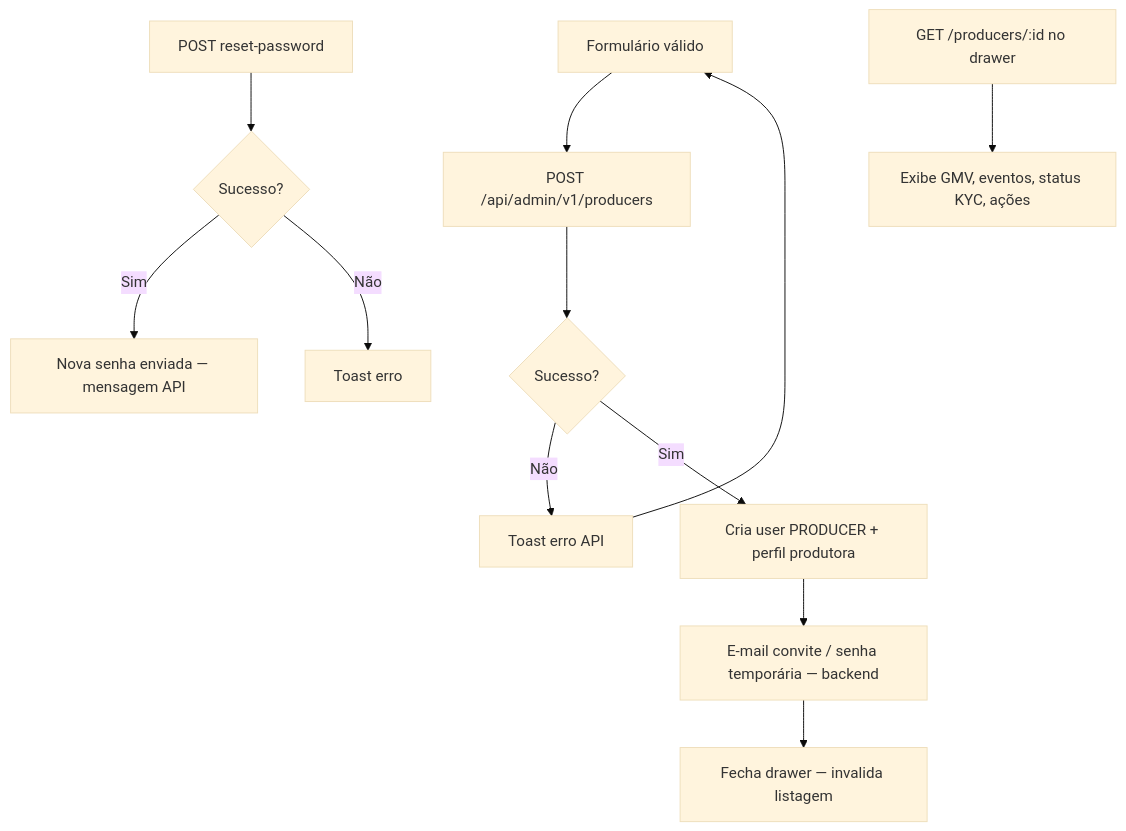
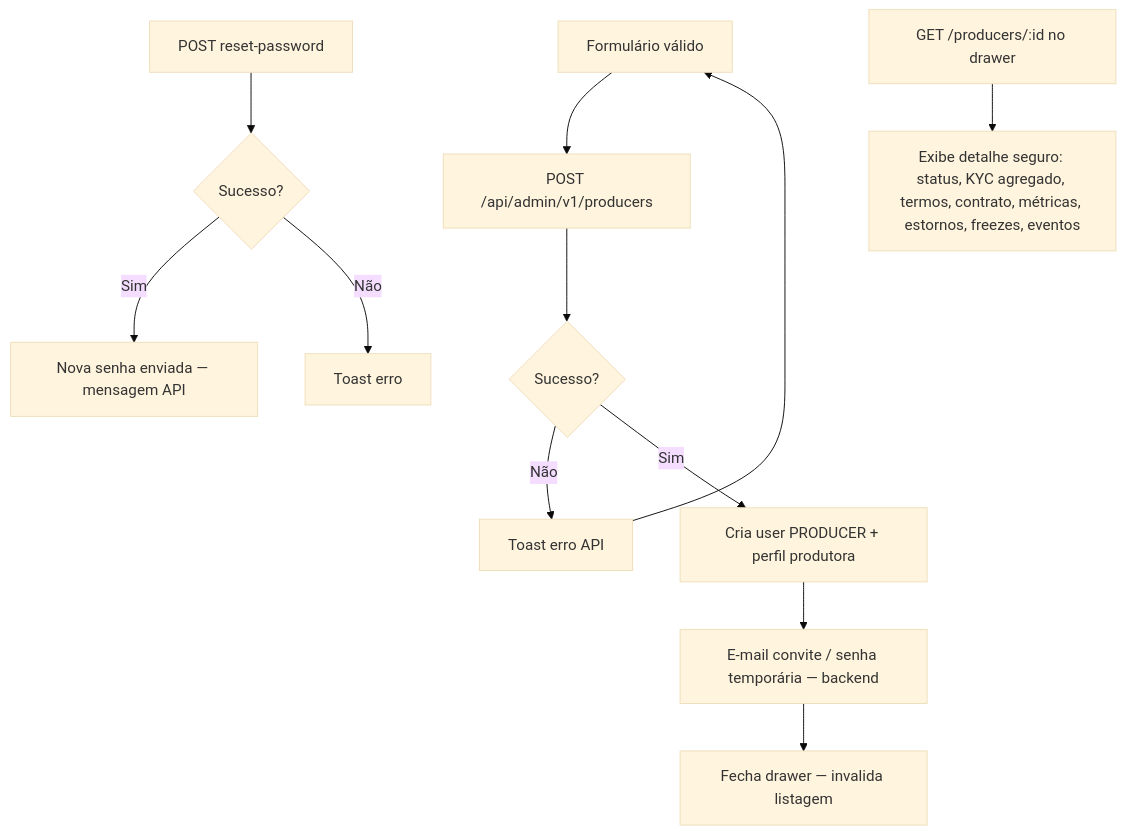
Before and after one commit to jotav-software/pulse-engineering-docs: the diagram in produto/especificacao-funcional/fluxos/admin/produtoras/parte-3-persistencia-e-efeitos.md, drawn with Mermaid (base theme). The commit also changed other lines of this file and 6 other files, not shown here.

Commit message:
docs(admin): documentar detalhe seguro de produtoras

````diff
--- a/produto/especificacao-funcional/fluxos/admin/produtoras/parte-3-persistencia-e-efeitos.md
+++ b/produto/especificacao-funcional/fluxos/admin/produtoras/parte-3-persistencia-e-efeitos.md
@@ -5,16 +5,16 @@
 ```mermaid
 flowchart TD
   A[Formulário válido] --> B[POST /api/admin/v1/producers]
   B --> C{Sucesso?}
   C -->|Não| E[Toast erro API]
   E --> A
   C -->|Sim| F[Cria user PRODUCER + perfil produtora]
   F --> G[E-mail convite / senha temporária — backend]
   G --> H[Fecha drawer — invalida listagem]
 
   I[POST reset-password] --> J{Sucesso?}
   J -->|Sim| K[Nova senha enviada — mensagem API]
   J -->|Não| L[Toast erro]
 
-  M[GET /producers/:id no drawer] --> N[Exibe GMV, eventos, status KYC, ações]
+  M[GET /producers/:id no drawer] --> N[Exibe detalhe seguro: status, KYC agregado, termos, contrato, métricas, estornos, freezes, eventos]
 ```
````
